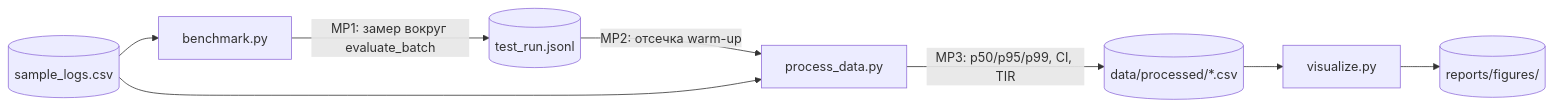
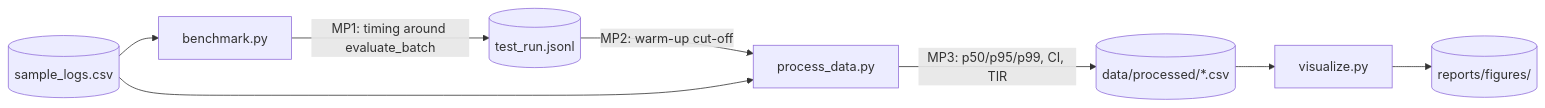
Before and after one commit to DIMASUBMARINA/ai-avatar-perception-study: the diagram in README.md, drawn with Mermaid. The commit also changed other lines of this file and 7 other files, not shown here.

````diff
--- a/README.md
+++ b/README.md
@@ -272,9 +272,9 @@
 ```mermaid
 flowchart LR
     S[("sample_logs.csv")] --> B["benchmark.py"]
-    B -- "MP1: замер вокруг evaluate_batch" --> R[("test_run.jsonl")]
-    R -- "MP2: отсечка warm-up" --> P["process_data.py"]
+    B -- "MP1: timing around evaluate_batch" --> R[("test_run.jsonl")]
+    R -- "MP2: warm-up cut-off" --> P["process_data.py"]
     S --> P
     P -- "MP3: p50/p95/p99, CI, TIR" --> M[("data/processed/*.csv")]
     M --> V["visualize.py"] --> F[("reports/figures/")]
 ```
````
